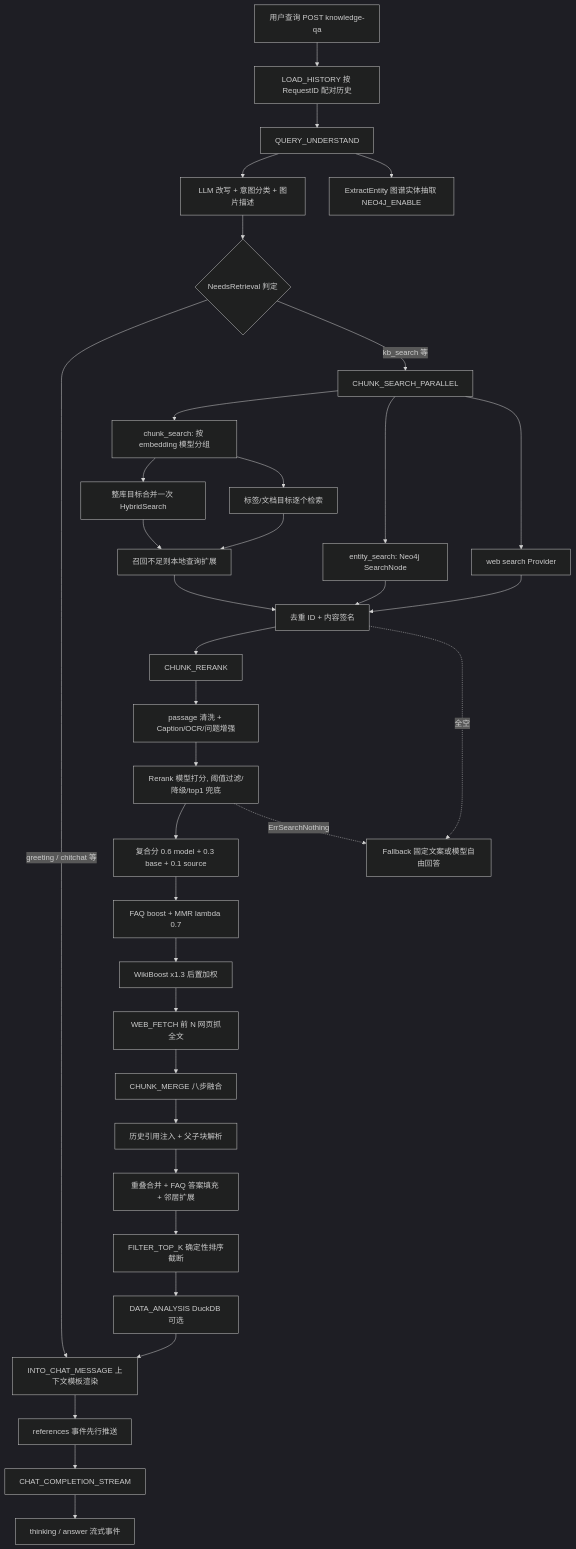
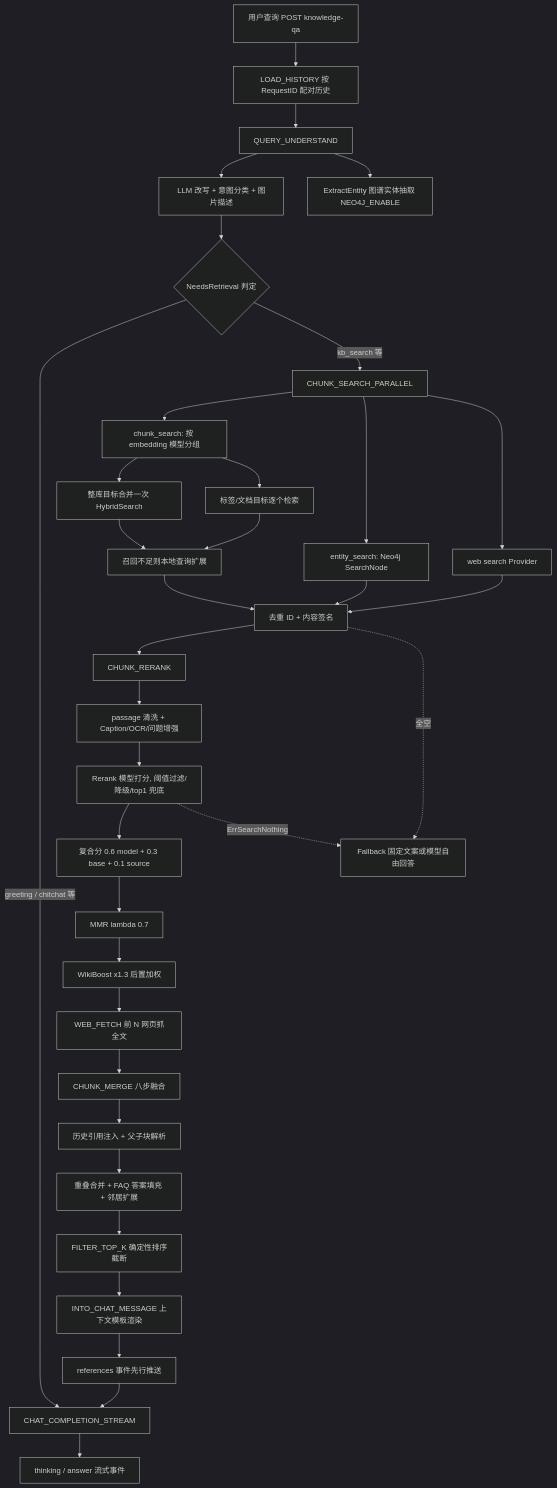
The second of 3 diagrams in website-docs/02-architecture/04-rag-pipeline.md (magicyuan876/Yuheng), drawn with Mermaid (dark theme) before and after one commit. The commit also changed other lines of this file and 994 other files, not shown here.

````diff
--- a/website-docs/02-architecture/04-rag-pipeline.md
+++ b/website-docs/02-architecture/04-rag-pipeline.md
@@ -301,38 +289,37 @@
 ```mermaid
 flowchart TD
     Q["用户查询 POST knowledge-qa"] --> P0["LOAD_HISTORY 按 RequestID 配对历史"]
     P0 --> P1["QUERY_UNDERSTAND"]
     P1 --> P1a["LLM 改写 + 意图分类 + 图片描述"]
     P1a --> INT{"NeedsRetrieval 判定"}
     P1 --> P1b["ExtractEntity 图谱实体抽取 NEO4J_ENABLE"]
     INT -- "greeting / chitchat 等" --> P8
     INT -- "kb_search 等" --> P2["CHUNK_SEARCH_PARALLEL"]
     P2 --> P2a["chunk_search: 按 embedding 模型分组"]
     P2a --> P2b["整库目标合并一次 HybridSearch"]
     P2a --> P2c["标签/文档目标逐个检索"]
     P2 --> P2d["entity_search: Neo4j SearchNode"]
     P2 --> P2e["web search Provider"]
     P2b --> P2f["召回不足则本地查询扩展"]
     P2c --> P2f
     P2d --> DEDUP["去重 ID + 内容签名"]
     P2e --> DEDUP
     P2f --> DEDUP
     DEDUP --> P3["CHUNK_RERANK"]
     P3 --> P3a["passage 清洗 + Caption/OCR/问题增强"]
     P3a --> P3b["Rerank 模型打分, 阈值过滤/降级/top1 兜底"]
     P3b --> P3c["复合分 0.6 model + 0.3 base + 0.1 source"]
-    P3c --> P3d["FAQ boost + MMR lambda 0.7"]
+    P3c --> P3d["MMR lambda 0.7"]
     P3d --> P3e["WikiBoost x1.3 后置加权"]
     P3e --> P4["WEB_FETCH 前 N 网页抓全文"]
     P4 --> P5["CHUNK_MERGE 八步融合"]
     P5 --> P5a["历史引用注入 + 父子块解析"]
     P5a --> P5b["重叠合并 + FAQ 答案填充 + 邻居扩展"]
     P5b --> P6["FILTER_TOP_K 确定性排序截断"]
-    P6 --> P7["DATA_ANALYSIS DuckDB 可选"]
-    P7 --> P8["INTO_CHAT_MESSAGE 上下文模板渲染"]
-    P8 --> REF["references 事件先行推送"]
-    REF --> P9["CHAT_COMPLETION_STREAM"]
-    P9 --> ANS["thinking / answer 流式事件"]
+    P6 --> P7["INTO_CHAT_MESSAGE 上下文模板渲染"]
+    P7 --> REF["references 事件先行推送"]
+    REF --> P8["CHAT_COMPLETION_STREAM"]
+    P8 --> ANS["thinking / answer 流式事件"]
     P3b -. "ErrSearchNothing" .-> FB["Fallback 固定文案或模型自由回答"]
     DEDUP -. "全空" .-> FB
 ```
````
